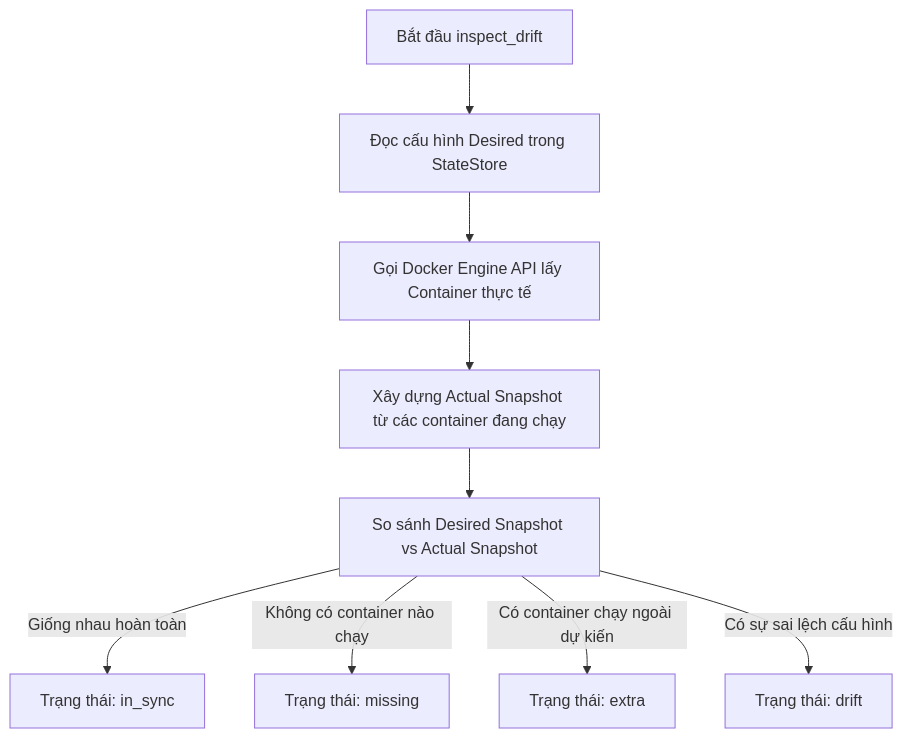
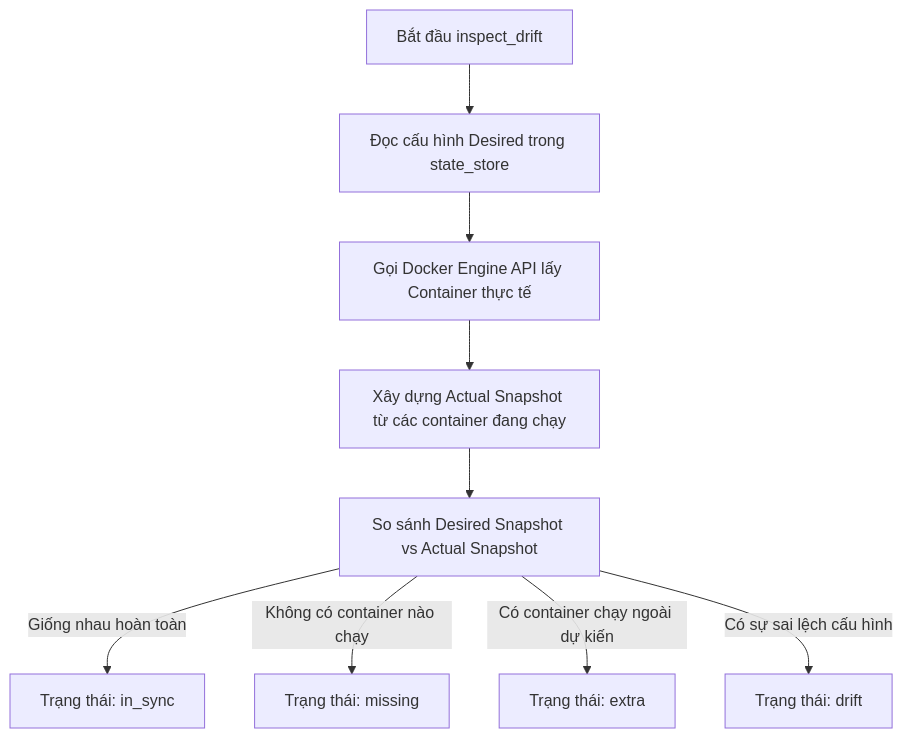
Before and after one commit to NeoCyber05/Docker-Agent-CLI: the second of 2 diagrams in docs/DOCKER_API_MAPPING.md, drawn with Mermaid. The commit also changed other lines of this file and 509 other files, not shown here.

````diff
--- a/docs/DOCKER_API_MAPPING.md
+++ b/docs/DOCKER_API_MAPPING.md
@@ -282,12 +275,12 @@
 ```mermaid
 graph TD
-    Start[Bắt đầu inspect_drift] --> ReadDesired[Đọc cấu hình Desired trong StateStore]
+    Start[Bắt đầu inspect_drift] --> ReadDesired[Đọc cấu hình Desired trong state_store]
     ReadDesired --> CallDockerEngine[Gọi Docker Engine API lấy Container thực tế]
     CallDockerEngine --> BuildActual[Xây dựng Actual Snapshot từ các container đang chạy]
     BuildActual --> Compare[So sánh Desired Snapshot vs Actual Snapshot]
     
     Compare -->|Giống nhau hoàn toàn| Sync[Trạng thái: in_sync]
     Compare -->|Không có container nào chạy| Missing[Trạng thái: missing]
     Compare -->|Có container chạy ngoài dự kiến| Extra[Trạng thái: extra]
     Compare -->|Có sự sai lệch cấu hình| Drift[Trạng thái: drift]
 ```
````
